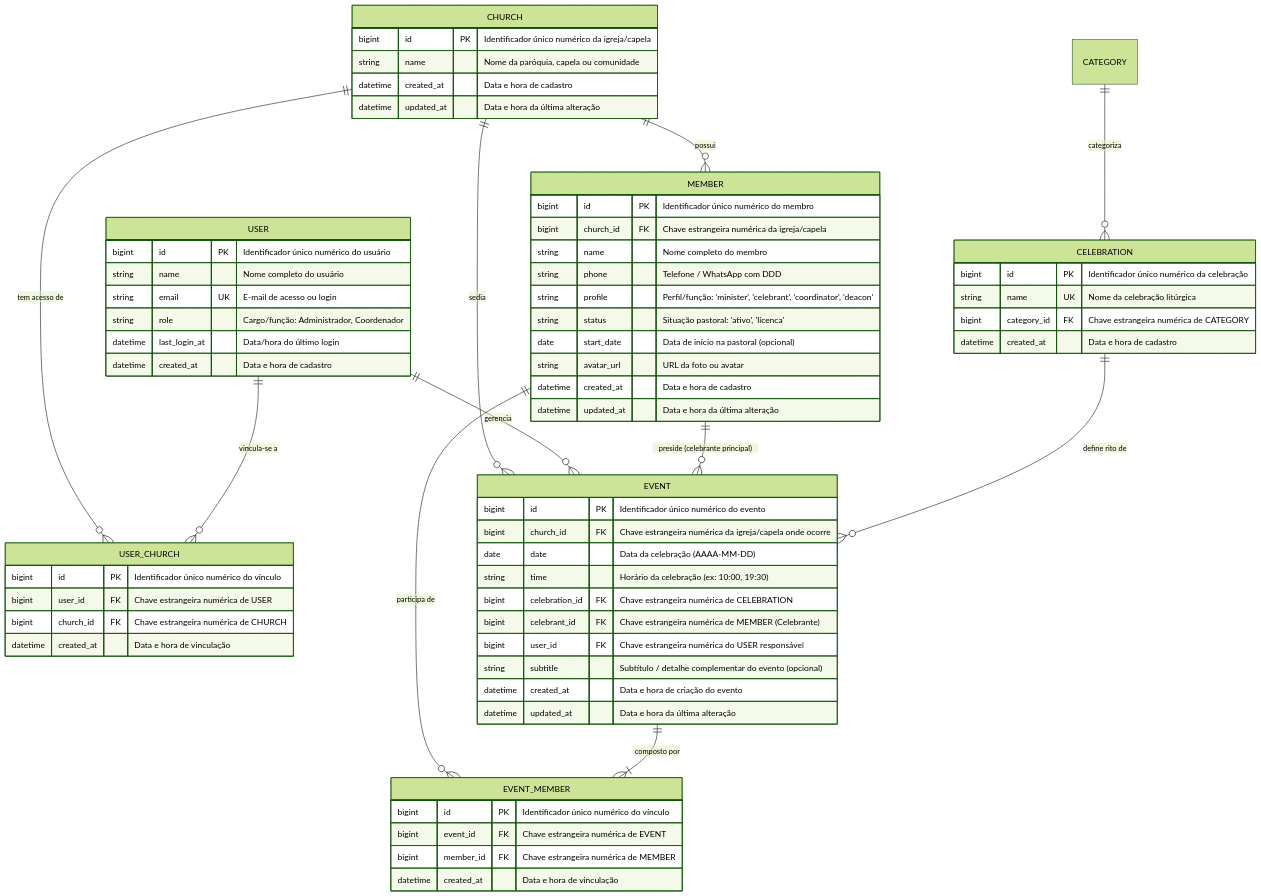
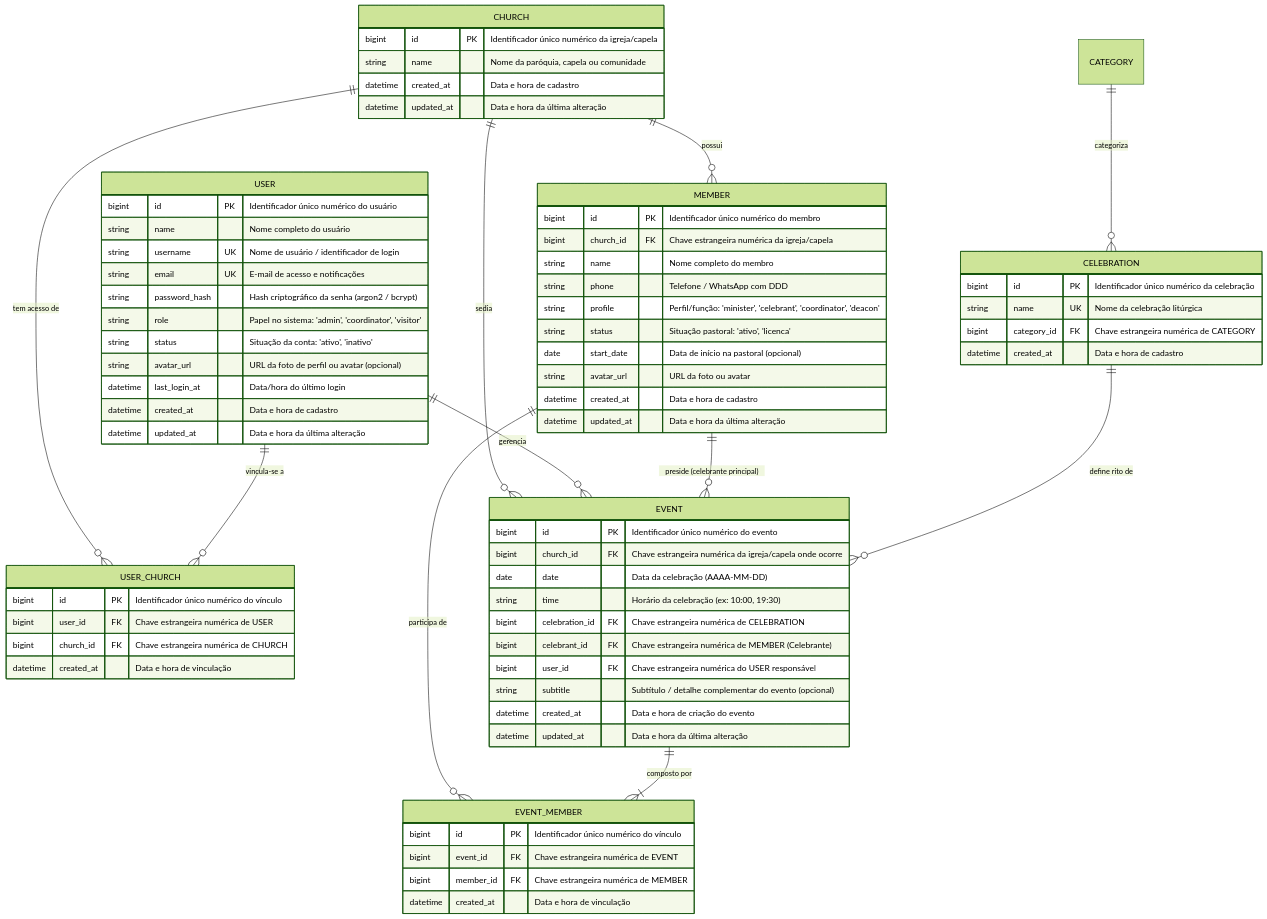
The diagram in docs/DER_RECOMENDADO.md (henriquehl/escala_ministros_front), drawn with Mermaid (forest theme) before and after one commit. The commit also changed other lines of this file and 1 other file, not shown here.

````diff
--- a/docs/DER_RECOMENDADO.md
+++ b/docs/DER_RECOMENDADO.md
@@ -9,76 +9,81 @@
 ```mermaid
 erDiagram
     CHURCH ||--o{ USER_CHURCH : "tem acesso de"
     USER ||--o{ USER_CHURCH : "vincula-se a"
     CHURCH ||--o{ MEMBER : "possui"
     CHURCH ||--o{ EVENT : "sedia"
     CATEGORY ||--o{ CELEBRATION : "categoriza"
     USER ||--o{ EVENT : "gerencia"
     MEMBER ||--o{ EVENT : "preside (celebrante principal)"
     MEMBER ||--o{ EVENT_MEMBER : "participa de"
     EVENT ||--|{ EVENT_MEMBER : "composto por"
     CELEBRATION ||--o{ EVENT : "define rito de"
 
     CHURCH {
         bigint id PK "Identificador único numérico da igreja/capela"
         string name "Nome da paróquia, capela ou comunidade"
         datetime created_at "Data e hora de cadastro"
         datetime updated_at "Data e hora da última alteração"
     }
 
     USER {
         bigint id PK "Identificador único numérico do usuário"
         string name "Nome completo do usuário"
-        string email UK "E-mail de acesso ou login"
-        string role "Cargo/função: Administrador, Coordenador"
+        string username UK "Nome de usuário / identificador de login"
+        string email UK "E-mail de acesso e notificações"
+        string password_hash "Hash criptográfico da senha (argon2 / bcrypt)"
+        string role "Papel no sistema: 'admin', 'coordinator', 'visitor'"
+        string status "Situação da conta: 'ativo', 'inativo'"
+        string avatar_url "URL da foto de perfil ou avatar (opcional)"
         datetime last_login_at "Data/hora do último login"
         datetime created_at "Data e hora de cadastro"
+        datetime updated_at "Data e hora da última alteração"
     }
 
     USER_CHURCH {
         bigint id PK "Identificador único numérico do vínculo"
         bigint user_id FK "Chave estrangeira numérica de USER"
         bigint church_id FK "Chave estrangeira numérica de CHURCH"
         datetime created_at "Data e hora de vinculação"
     }
 
     MEMBER {
         bigint id PK "Identificador único numérico do membro"
         bigint church_id FK "Chave estrangeira numérica da igreja/capela"
         string name "Nome completo do membro"
         string phone "Telefone / WhatsApp com DDD"
         string profile "Perfil/função: 'minister', 'celebrant', 'coordinator', 'deacon'"
         string status "Situação pastoral: 'ativo', 'licenca'"
         date start_date "Data de início na pastoral (opcional)"
         string avatar_url "URL da foto ou avatar"
         datetime created_at "Data e hora de cadastro"
         datetime updated_at "Data e hora da última alteração"
     }
 
     CELEBRATION {
         bigint id PK "Identificador único numérico da celebração"
         string name UK "Nome da celebração litúrgica"
         bigint category_id FK "Chave estrangeira numérica de CATEGORY"
         datetime created_at "Data e hora de cadastro"
     }
 
     EVENT {
         bigint id PK "Identificador único numérico do evento"
         bigint church_id FK "Chave estrangeira numérica da igreja/capela onde ocorre"
         date date "Data da celebração (AAAA-MM-DD)"
         string time "Horário da celebração (ex: 10:00, 19:30)"
         bigint celebration_id FK "Chave estrangeira numérica de CELEBRATION"
         bigint celebrant_id FK "Chave estrangeira numérica de MEMBER (Celebrante)"
         bigint user_id FK "Chave estrangeira numérica do USER responsável"
         string subtitle "Subtítulo / detalhe complementar do evento (opcional)"
         datetime created_at "Data e hora de criação do evento"
         datetime updated_at "Data e hora da última alteração"
     }
 
     EVENT_MEMBER {
         bigint id PK "Identificador único numérico do vínculo"
         bigint event_id FK "Chave estrangeira numérica de EVENT"
         bigint member_id FK "Chave estrangeira numérica de MEMBER"
         datetime created_at "Data e hora de vinculação"
     }
 ```
````
